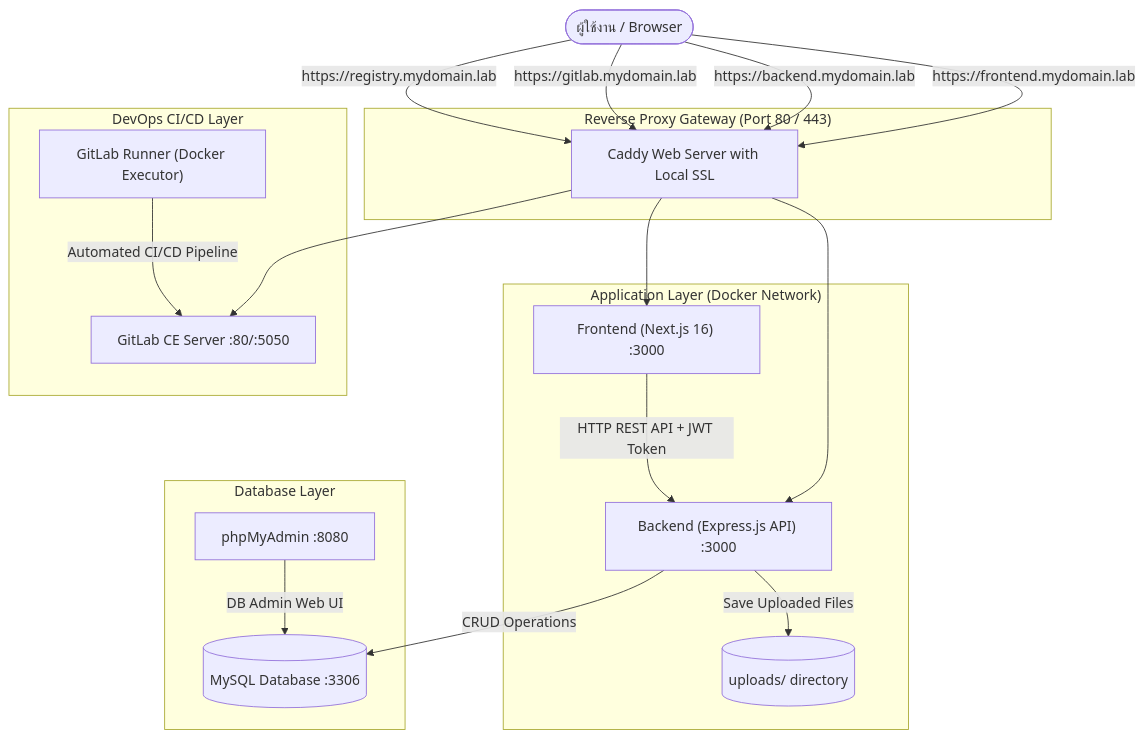
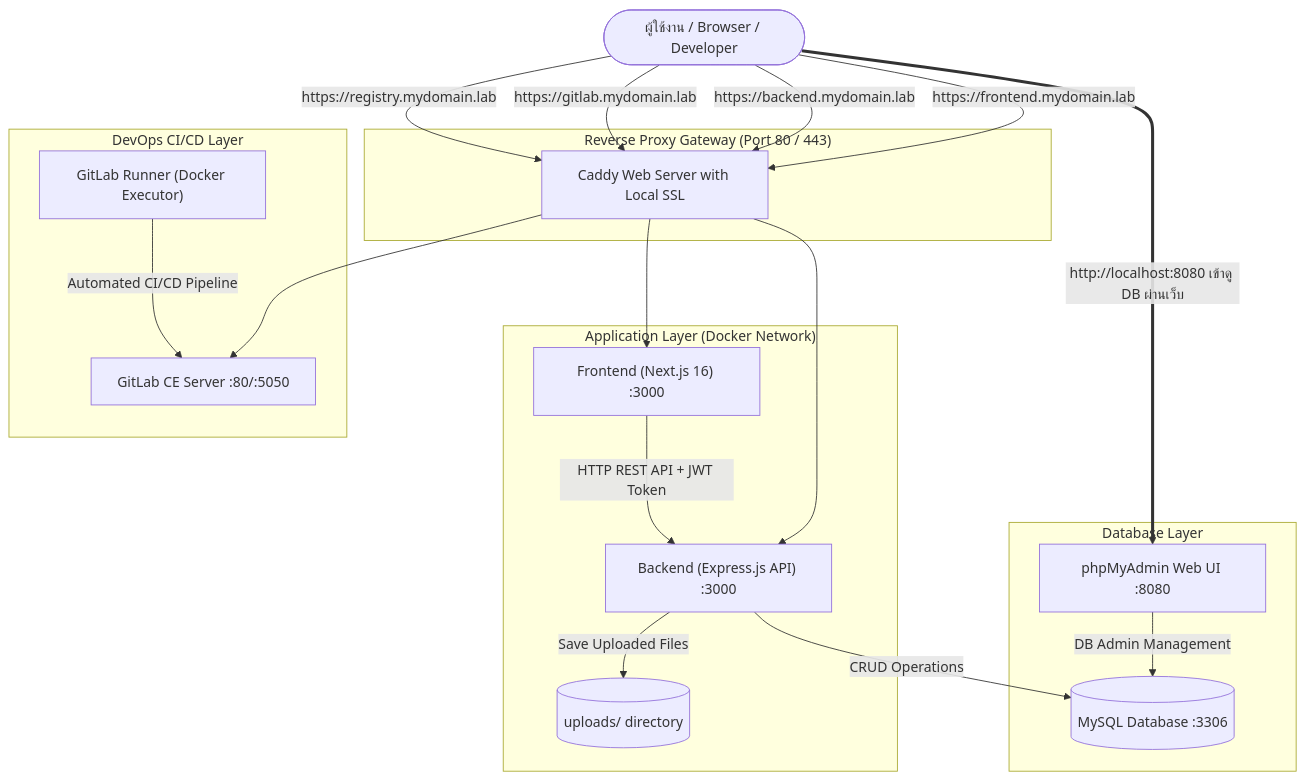
The diagram in DEVELOPMENT_STEP_BY_STEP.md (barron-local/docs-apicode), drawn with Mermaid before and after one commit. The commit also changed other lines of this file and 1 other file, not shown here.

Commit message:
docs: clarify user access to phpMyAdmin web UI on port 8080 in architecture diagram

````diff
--- a/DEVELOPMENT_STEP_BY_STEP.md
+++ b/DEVELOPMENT_STEP_BY_STEP.md
@@ -52,39 +52,40 @@
 ```mermaid
 graph TD
-    User([ ผู้ใช้งาน / Browser ])
+    User([ ผู้ใช้งาน / Browser / Developer ])
     
     subgraph ReverseProxy ["Reverse Proxy Gateway (Port 80 / 443)"]
         Caddy[Caddy Web Server with Local SSL]
     end
 
     subgraph AppServices ["Application Layer (Docker Network)"]
         Frontend["Frontend (Next.js 16) :3000"]
         Backend["Backend (Express.js API) :3000"]
         UploadStorage[("uploads/ directory")]
     end
 
     subgraph DatabaseLayer ["Database Layer"]
         MySQL[("MySQL Database :3306")]
-        PMA["phpMyAdmin :8080"]
+        PMA["phpMyAdmin Web UI :8080"]
     end
 
     subgraph DevOpsCI ["DevOps CI/CD Layer"]
         GitLab["GitLab CE Server :80/:5050"]
         Runner["GitLab Runner (Docker Executor)"]
     end
 
     User -->|https://frontend.mydomain.lab| Caddy
     User -->|https://backend.mydomain.lab| Caddy
     User -->|https://gitlab.mydomain.lab| Caddy
     User -->|https://registry.mydomain.lab| Caddy
+    User ==>|http://localhost:8080 เข้าดู DB ผ่านเว็บ| PMA
     
     Caddy --> Frontend
     Caddy --> Backend
     Caddy --> GitLab
     
     Frontend -->|HTTP REST API + JWT Token| Backend
     Backend -->|CRUD Operations| MySQL
     Backend -->|Save Uploaded Files| UploadStorage
-    PMA -->|DB Admin Web UI| MySQL
+    PMA -->|DB Admin Management| MySQL
     Runner -->|Automated CI/CD Pipeline| GitLab
 ```
````
